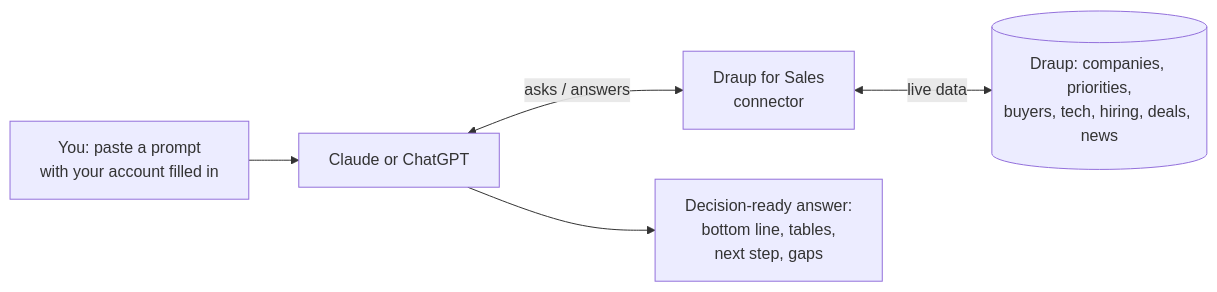
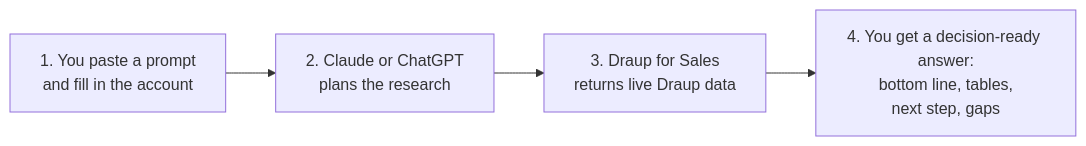
The diagram in README.md (Draup/draup-sales-prompts), drawn with Mermaid before and after one commit. The commit also changed other lines of this file and 298 other files, not shown here.

````diff
--- a/README.md
+++ b/README.md
@@ -27,7 +31,6 @@
 ```mermaid
 flowchart LR
-    A["You: paste a prompt<br/>with your account filled in"] --> B["Claude or ChatGPT"]
-    B <-->|"asks / answers"| C["Draup for Sales<br/>connector"]
-    C <-->|"live data"| D[("Draup: companies, priorities,<br/>buyers, tech, hiring, deals, news")]
-    B --> E["Decision-ready answer:<br/>bottom line, tables,<br/>next step, gaps"]
+    A["1. You paste a prompt<br/>and fill in the account"] --> B["2. Claude or ChatGPT<br/>plans the research"]
+    B --> C["3. Draup for Sales<br/>returns live Draup data"]
+    C --> D["4. You get a decision-ready answer:<br/>bottom line, tables,<br/>next step, gaps"]
 ```
````
